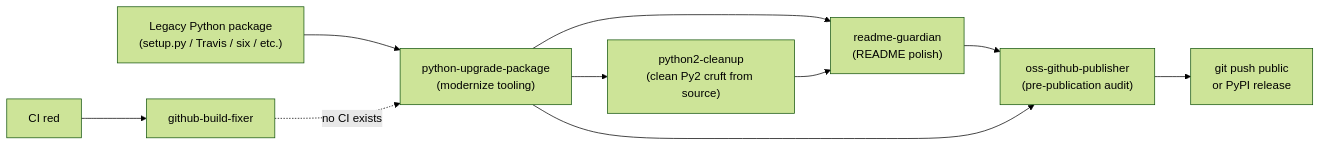
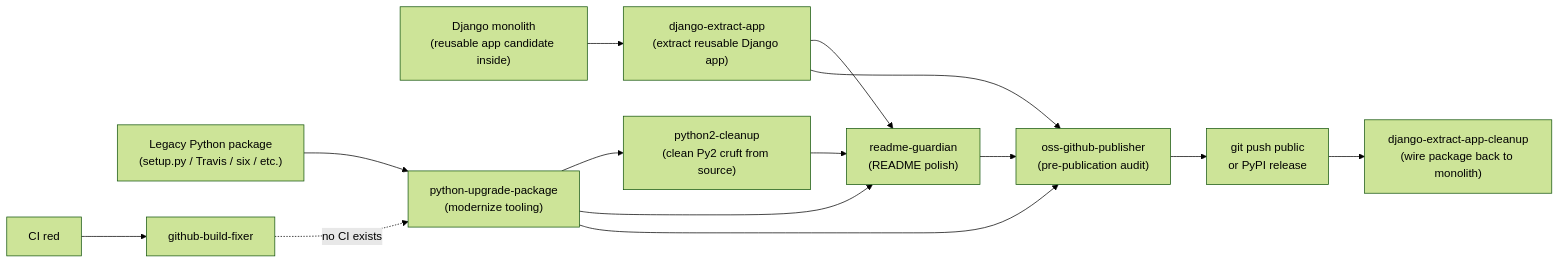
Before and after one commit to iplweb/claude-skills: the first of 3 diagrams in README.md, drawn with Mermaid (forest theme). The commit also changed other lines of this file and 13 other files, not shown here.

````diff
--- a/README.md
+++ b/README.md
@@ -36,21 +37,28 @@
 ```mermaid
 graph LR
   legacy["Legacy Python package<br/>(setup.py / Travis / six / etc.)"]
+  monolith["Django monolith<br/>(reusable app candidate inside)"]
   pup["python-upgrade-package<br/>(modernize tooling)"]
   p2c["python2-cleanup<br/>(clean Py2 cruft from source)"]
+  dxa["django-extract-app<br/>(extract reusable Django app)"]
+  dxac["django-extract-app-cleanup<br/>(wire package back to monolith)"]
   rg["readme-guardian<br/>(README polish)"]
   ossp["oss-github-publisher<br/>(pre-publication audit)"]
   publish["git push public<br/>or PyPI release"]
   ci["CI red"]
   gbf["github-build-fixer"]
 
   legacy --> pup
   pup --> p2c
   pup --> rg
   p2c --> rg
+  monolith --> dxa
+  dxa --> rg
+  dxa --> ossp
+  ossp --> publish
+  publish --> dxac
   rg --> ossp
   pup --> ossp
-  ossp --> publish
   ci --> gbf
   gbf -. "no CI exists" .-> pup
 ```
````
